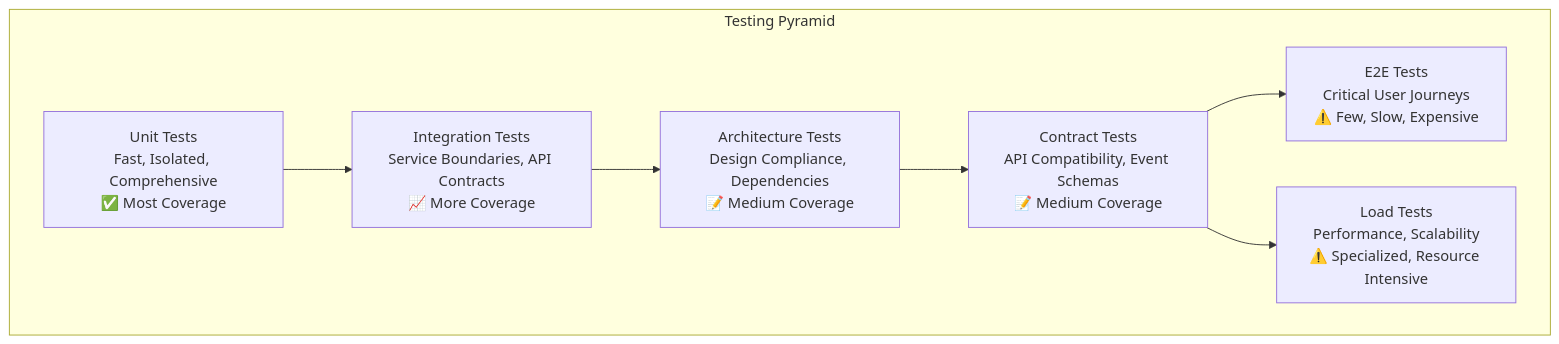
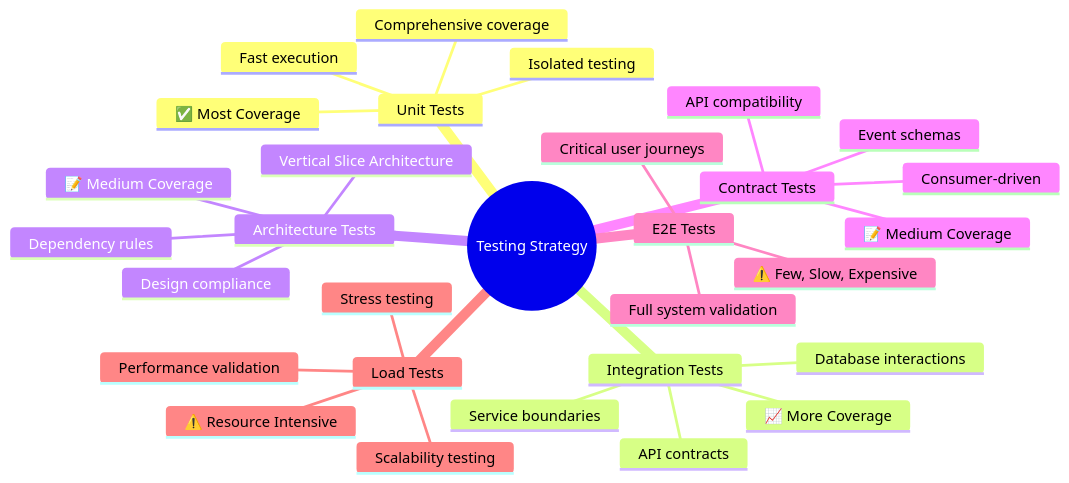
Before and after one commit to foxminchan/BookWorm: the second of 4 diagrams in docs/src/architecture/04-solution-strategy.md, drawn with Mermaid. The commit also changed other lines of this file and 29 other files, not shown here.

First line of the commit message:
feat(docs): Enhance architecture documentation with ADRs and detailed sections

````diff
--- a/docs/src/architecture/04-solution-strategy.md
+++ b/docs/src/architecture/04-solution-strategy.md
@@ -86,17 +143,33 @@
 ```mermaid
-graph TB
-    subgraph "Testing Pyramid"
-        E2E[E2E Tests<br/>Critical User Journeys<br/>⚠️ Few, Slow, Expensive]
-        Load[Load Tests<br/>Performance, Scalability<br/>⚠️ Specialized, Resource Intensive]
-        Contract[Contract Tests<br/>API Compatibility, Event Schemas<br/>📝 Medium Coverage]
-        Architecture[Architecture Tests<br/>Design Compliance, Dependencies<br/>📝 Medium Coverage]
-        Integration[Integration Tests<br/>Service Boundaries, API Contracts<br/>📈 More Coverage]
-        Unit[Unit Tests<br/>Fast, Isolated, Comprehensive<br/>✅ Most Coverage]
-    end
-    
-    Unit --> Integration
-    Integration --> Architecture
-    Architecture --> Contract
-    Contract --> E2E
-    Contract --> Load
+mindmap
+    root((Testing Strategy))
+        Unit Tests
+            Fast execution
+            Isolated testing
+            Comprehensive coverage
+            ✅ Most Coverage
+        Integration Tests
+            Service boundaries
+            API contracts
+            Database interactions
+            📈 More Coverage
+        Architecture Tests
+            Design compliance
+            Dependency rules
+            Vertical Slice Architecture
+            📝 Medium Coverage
+        Contract Tests
+            API compatibility
+            Event schemas
+            Consumer-driven
+            📝 Medium Coverage
+        E2E Tests
+            Critical user journeys
+            Full system validation
+            ⚠️ Few, Slow, Expensive
+        Load Tests
+            Performance validation
+            Scalability testing
+            Stress testing
+            ⚠️ Resource Intensive
 ```
````
